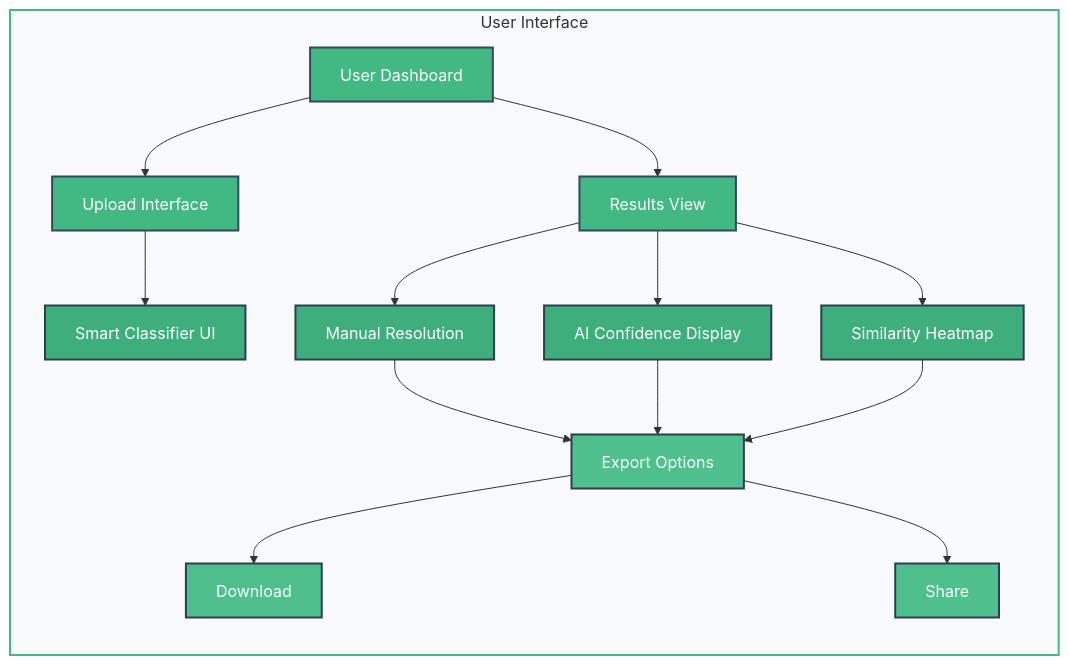
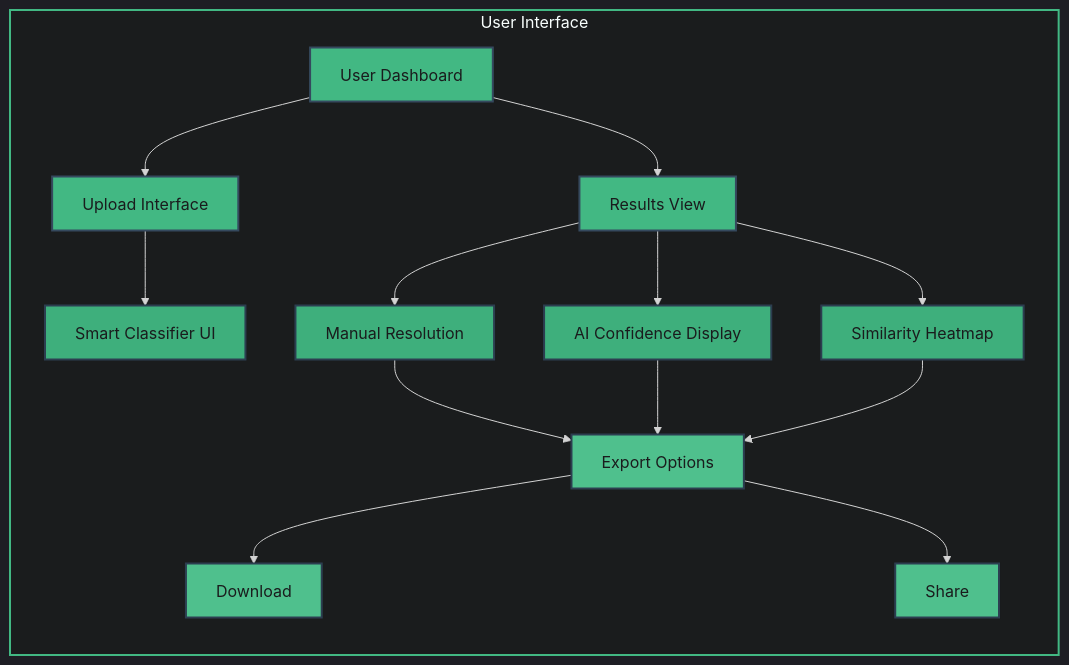
One commit to jermsam/jdeduplix changed the second of 3 diagrams in ReadMe.md. Above: the diagram before and after it, drawn with Mermaid. The commit also changed other lines of this file, not shown here.

Commit message:
broken down diagram for clarity

````diff
--- a/ReadMe.md
+++ b/ReadMe.md
@@ -47,32 +48,33 @@
 ```mermaid
+%%{init: {'theme': 'dark', 'themeVariables': { 'darkMode': true }}}%%
 flowchart TD
-    classDef primary fill:#42b883,stroke:#35495e,stroke-width:2px,color:white
-    classDef secondary fill:#3eaf7c,stroke:#2c3e50,stroke-width:2px,color:white
-    classDef action fill:#4fc08d,stroke:#2c3e50,stroke-width:2px,color:white
+    classDef primary fill:#42b883,stroke:#35495e,stroke-width:2px,color:#1a1c1d
+    classDef secondary fill:#3eaf7c,stroke:#2c3e50,stroke-width:2px,color:#1a1c1d
+    classDef action fill:#4fc08d,stroke:#2c3e50,stroke-width:2px,color:#1a1c1d
 
     subgraph UI[User Interface]
         direction TB
         A[User Dashboard]:::primary
         B[Upload Interface]:::primary
         C[Results View]:::primary
         D[Smart Classifier UI]:::secondary
         E[Manual Resolution]:::secondary
         F[AI Confidence Display]:::secondary
         G[Similarity Heatmap]:::secondary
         H[Export Options]:::action
         I[Download]:::action
         J[Share]:::action
         
         A --> B
         A --> C
         B --> D
         C --> E
         C --> F
         C --> G
         E & F & G --> H
         H --> I
         H --> J
     end
 
-    style UI fill:#f8f9fa,stroke:#42b883,stroke-width:2px
+    style UI fill:#1a1c1d,stroke:#42b883,stroke-width:2px
 ```
````
